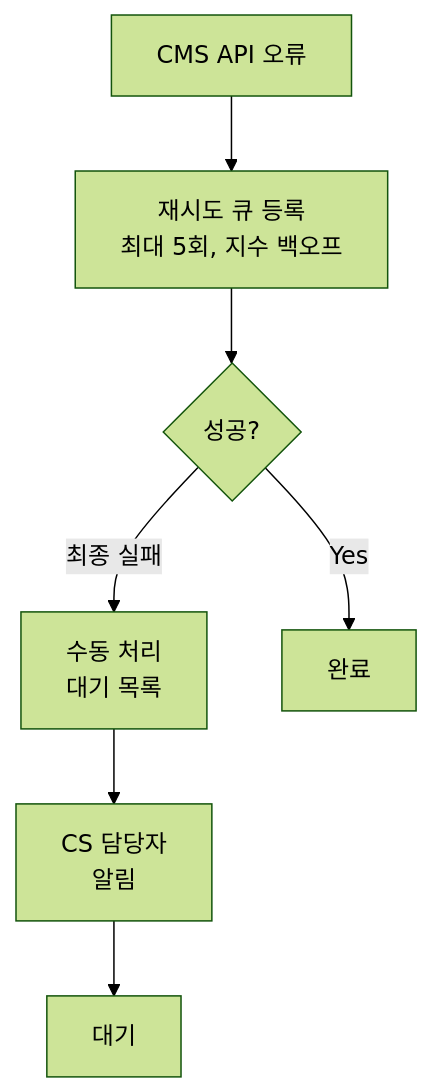
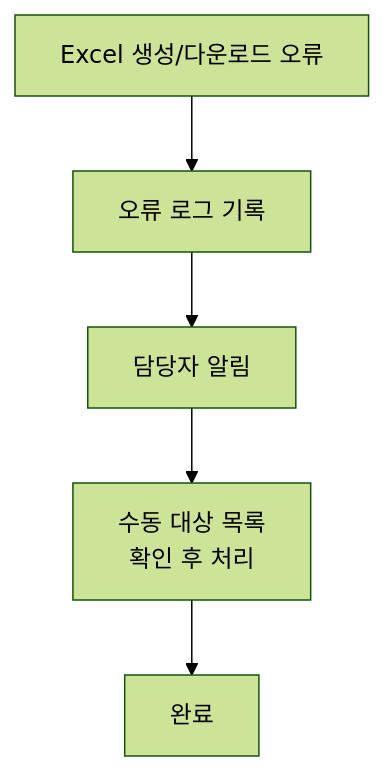
The fifth of 6 diagrams in src/content/docs/goodthinking-isp/04-design/process-automation.md (sknkwoxs/manual-book), drawn with Mermaid (forest theme) before and after one commit. The commit also changed other lines of this file and 6 other files, not shown here.

````diff
--- a/src/content/docs/goodthinking-isp/04-design/process-automation.md
+++ b/src/content/docs/goodthinking-isp/04-design/process-automation.md
@@ -266,15 +272,12 @@
 ```mermaid
 graph TD
-    A["CMS API 오류"]
-    B["재시도 큐 등록<br/>최대 5회, 지수 백오프"]
-    C{성공?}
-    D["수동 처리<br/>대기 목록"]
-    E["CS 담당자<br/>알림"]
+    A["Excel 생성/다운로드 오류"]
+    B["오류 로그 기록"]
+    C["담당자 알림"]
+    D["수동 대상 목록<br/>확인 후 처리"]
     
     A --> B
     B --> C
-    C -->|Yes| End1["완료"]
-    C -->|최종 실패| D
-    D --> E
-    E --> End2["대기"]
+    C --> D
+    D --> End1["완료"]
 ```
````
